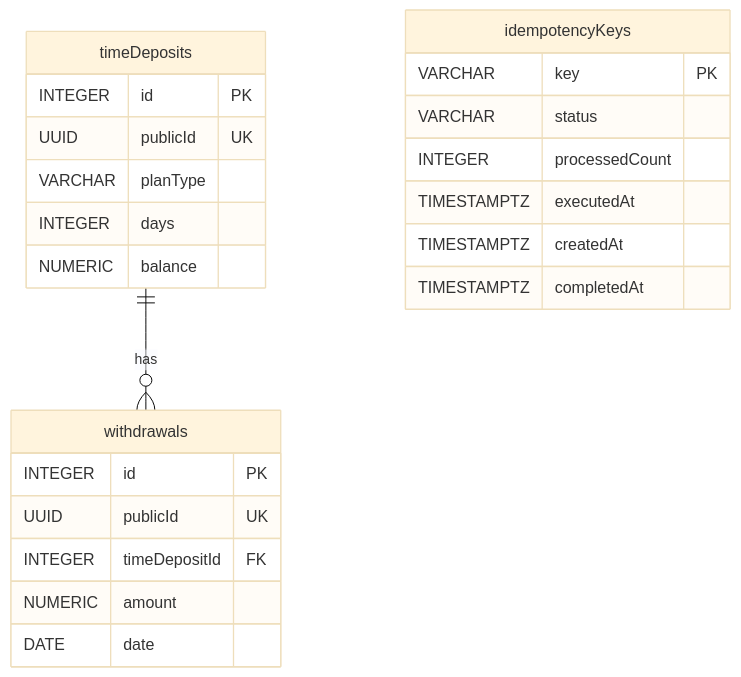
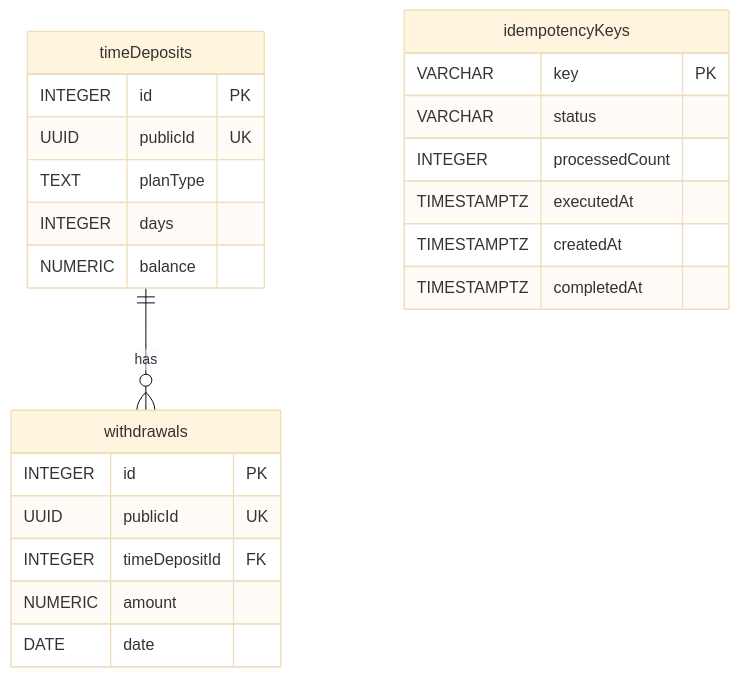
One commit to bh3x/time-deposit-kata changed the diagram in docs/adr/0006-data-model.md. Above: the diagram before and after it, drawn with Mermaid (base theme). The commit also changed other lines of this file, not shown here.

````diff
--- a/docs/adr/0006-data-model.md
+++ b/docs/adr/0006-data-model.md
@@ -41,26 +47,26 @@
 ```mermaid
 erDiagram
     timeDeposits ||--o{ withdrawals : "has"
     timeDeposits {
         INTEGER id PK
         UUID publicId UK
-        VARCHAR planType
+        TEXT planType
         INTEGER days
         NUMERIC balance
     }
     withdrawals {
         INTEGER id PK
         UUID publicId UK
         INTEGER timeDepositId FK
         NUMERIC amount
         DATE date
     }
     idempotencyKeys {
         VARCHAR key PK
         VARCHAR status
         INTEGER processedCount
         TIMESTAMPTZ executedAt
         TIMESTAMPTZ createdAt
         TIMESTAMPTZ completedAt
     }
 ```
````
